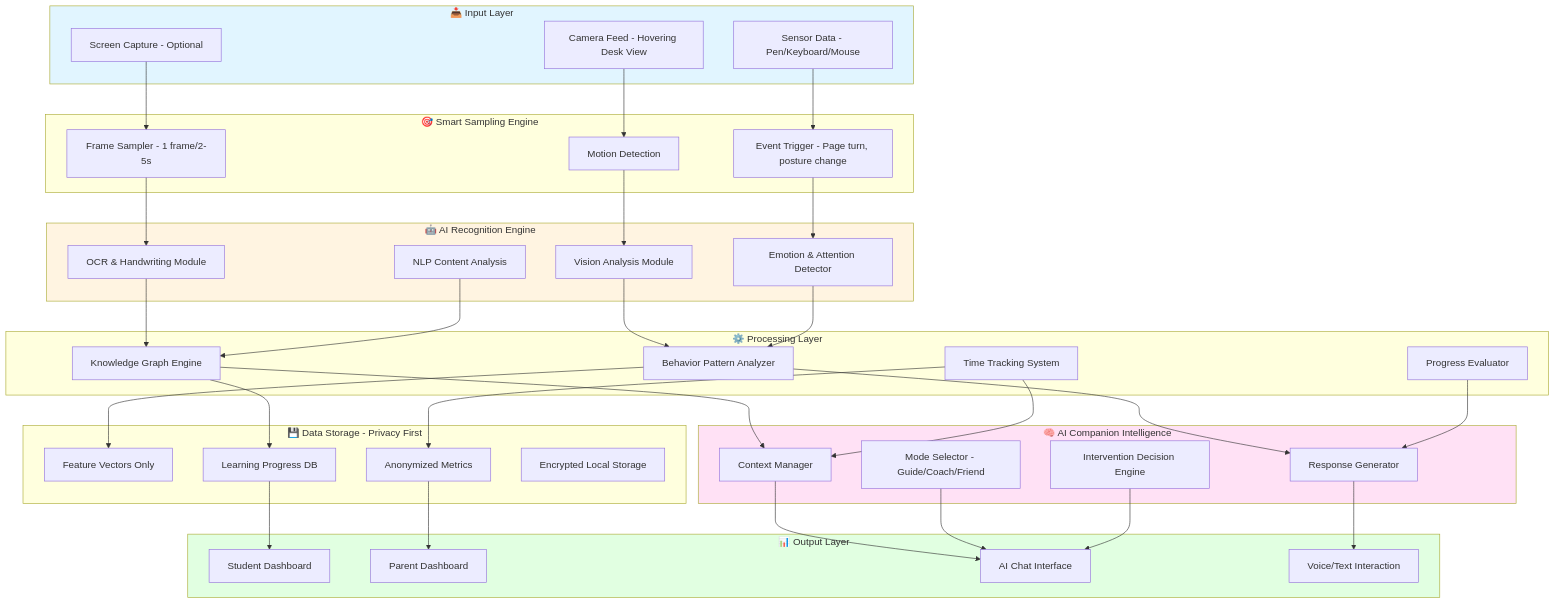
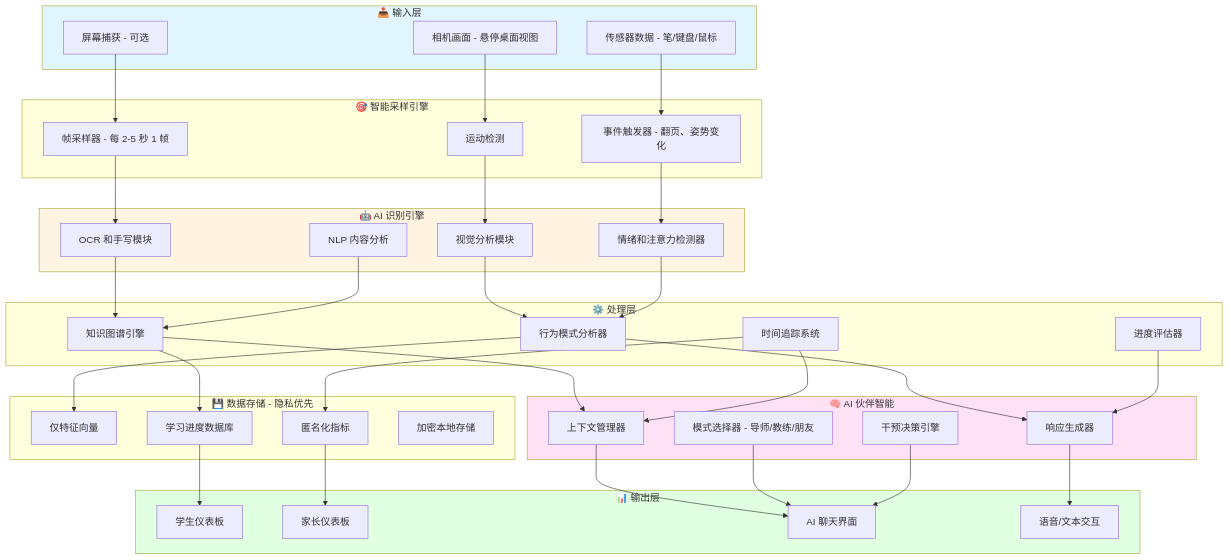
Before and after one commit to river0098/AI-Learning-Companion-System: the diagram in ARCHITECTURE.md, drawn with Mermaid. The commit also changed other lines of this file and 2 other files, not shown here.

````diff
--- a/ARCHITECTURE.md
+++ b/ARCHITECTURE.md
@@ -16,50 +16,50 @@
 ```mermaid
 flowchart TD
-    subgraph Input["📥 Input Layer"]
-        A1[Camera Feed - Hovering Desk View]
-        A2[Screen Capture - Optional]
-        A3[Sensor Data - Pen/Keyboard/Mouse]
+    subgraph Input["📥 输入层"]
+        A1[相机画面 - 悬停桌面视图]
+        A2[屏幕捕获 - 可选]
+        A3[传感器数据 - 笔/键盘/鼠标]
     end
 
-    subgraph Sampling["🎯 Smart Sampling Engine"]
-        B1[Motion Detection]
-        B2[Frame Sampler - 1 frame/2-5s]
-        B3[Event Trigger - Page turn, posture change]
+    subgraph Sampling["🎯 智能采样引擎"]
+        B1[运动检测]
+        B2[帧采样器 - 每 2-5 秒 1 帧]
+        B3[事件触发器 - 翻页、姿势变化]
     end
 
-    subgraph AI["🤖 AI Recognition Engine"]
-        C1[Vision Analysis Module]
-        C2[OCR & Handwriting Module]
-        C3[NLP Content Analysis]
-        C4[Emotion & Attention Detector]
+    subgraph AI["🤖 AI 识别引擎"]
+        C1[视觉分析模块]
+        C2[OCR 和手写模块]
+        C3[NLP 内容分析]
+        C4[情绪和注意力检测器]
     end
 
-    subgraph Processing["⚙️ Processing Layer"]
-        D1[Knowledge Graph Engine]
-        D2[Time Tracking System]
-        D3[Behavior Pattern Analyzer]
-        D4[Progress Evaluator]
+    subgraph Processing["⚙️ 处理层"]
+        D1[知识图谱引擎]
+        D2[时间追踪系统]
+        D3[行为模式分析器]
+        D4[进度评估器]
     end
 
-    subgraph Intelligence["🧠 AI Companion Intelligence"]
-        E1[Context Manager]
-        E2[Response Generator]
-        E3[Mode Selector - Guide/Coach/Friend]
-        E4[Intervention Decision Engine]
+    subgraph Intelligence["🧠 AI 伙伴智能"]
+        E1[上下文管理器]
+        E2[响应生成器]
+        E3[模式选择器 - 导师/教练/朋友]
+        E4[干预决策引擎]
     end
 
-    subgraph Storage["💾 Data Storage - Privacy First"]
-        F1[Feature Vectors Only]
-        F2[Learning Progress DB]
-        F3[Anonymized Metrics]
-        F4[Encrypted Local Storage]
+    subgraph Storage["💾 数据存储 - 隐私优先"]
+        F1[仅特征向量]
+        F2[学习进度数据库]
+        F3[匿名化指标]
+        F4[加密本地存储]
     end
 
-    subgraph Output["📊 Output Layer"]
-        G1[Student Dashboard]
-        G2[Parent Dashboard]
-        G3[AI Chat Interface]
-        G4[Voice/Text Interaction]
+    subgraph Output["📊 输出层"]
+        G1[学生仪表板]
+        G2[家长仪表板]
+        G3[AI 聊天界面]
+        G4[语音/文本交互]
     end
 
     A1 --> B1
````
